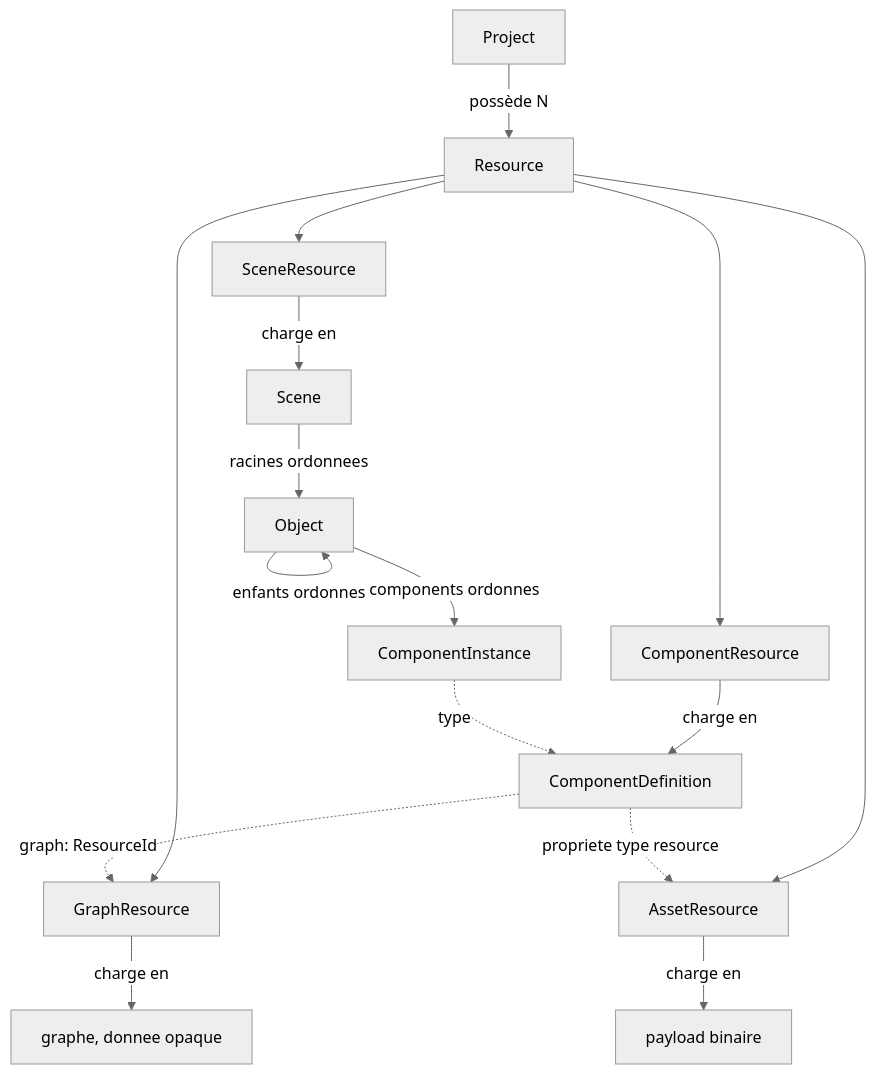
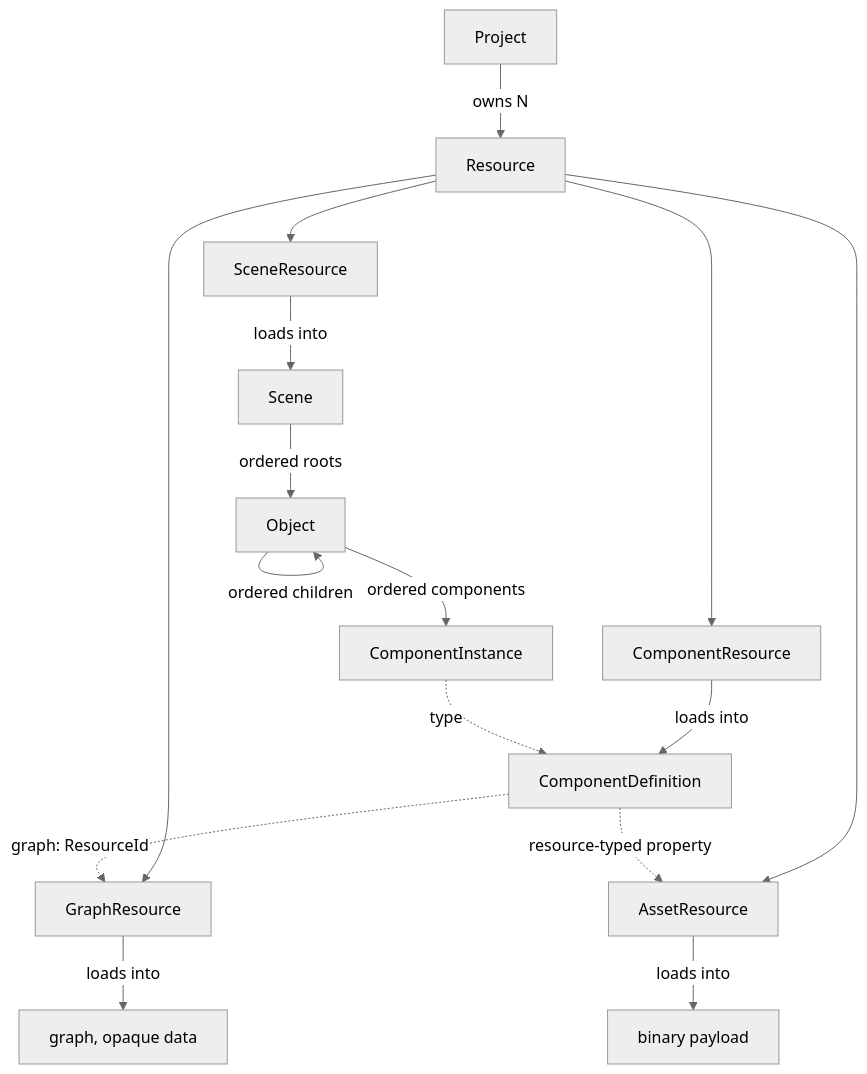
The first of 2 diagrams in docs/migration/ARCHITECTURE_DATA_MODEL_AUDIT_PHASE_2.md (Sharkou/PixelCreator), drawn with Mermaid (neutral theme) before and after one commit. The commit also changed other lines of this file and 96 other files, not shown here.

````diff
--- a/docs/migration/ARCHITECTURE_DATA_MODEL_AUDIT_PHASE_2.md
+++ b/docs/migration/ARCHITECTURE_DATA_MODEL_AUDIT_PHASE_2.md
@@ -259,23 +254,23 @@
 ```mermaid
 graph TD
     P[Project]
-    P -->|possède N| R[Resource]
+    P -->|owns N| R[Resource]
 
     R --> RS[SceneResource]
     R --> RC[ComponentResource]
     R --> RG[GraphResource]
     R --> RA[AssetResource]
 
-    RS -->|charge en| S[Scene]
-    RC -->|charge en| D[ComponentDefinition]
-    RG -->|charge en| G[graphe, donnee opaque]
-    RA -->|charge en| B[payload binaire]
+    RS -->|loads into| S[Scene]
+    RC -->|loads into| D[ComponentDefinition]
+    RG -->|loads into| G[graph, opaque data]
+    RA -->|loads into| B[binary payload]
 
-    S -->|racines ordonnees| O[Object]
-    O -->|enfants ordonnes| O
-    O -->|components ordonnes| CI[ComponentInstance]
+    S -->|ordered roots| O[Object]
+    O -->|ordered children| O
+    O -->|ordered components| CI[ComponentInstance]
 
     CI -.->|type| D
     D -.->|graph: ResourceId| RG
-    D -.->|propriete type resource| RA
+    D -.->|resource-typed property| RA
 ```
````
